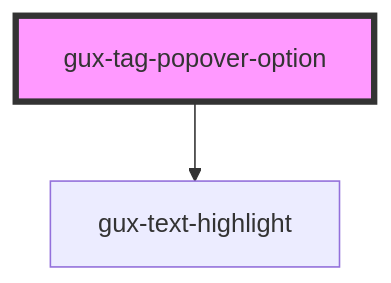
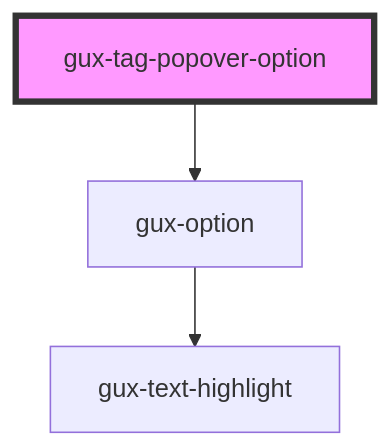
Before and after one commit to willcliff-genesys/genesys-webcomponents: the diagram in src/components/beta/gux-tag-popover/tag-popover-option/readme.md, drawn with Mermaid. The commit also changed other lines of this file and 8 other files, not shown here.

First line of the commit message:
fix(tag popover component): implement gux-dropdown component

````diff
--- a/src/components/beta/gux-tag-popover/tag-popover-option/readme.md
+++ b/src/components/beta/gux-tag-popover/tag-popover-option/readme.md
@@ -29,5 +29,6 @@
 ```mermaid
 graph TD;
-  gux-tag-popover-option --> gux-text-highlight
+  gux-tag-popover-option --> gux-option
+  gux-option --> gux-text-highlight
   style gux-tag-popover-option fill:#f9f,stroke:#333,stroke-width:4px
 ```
````
